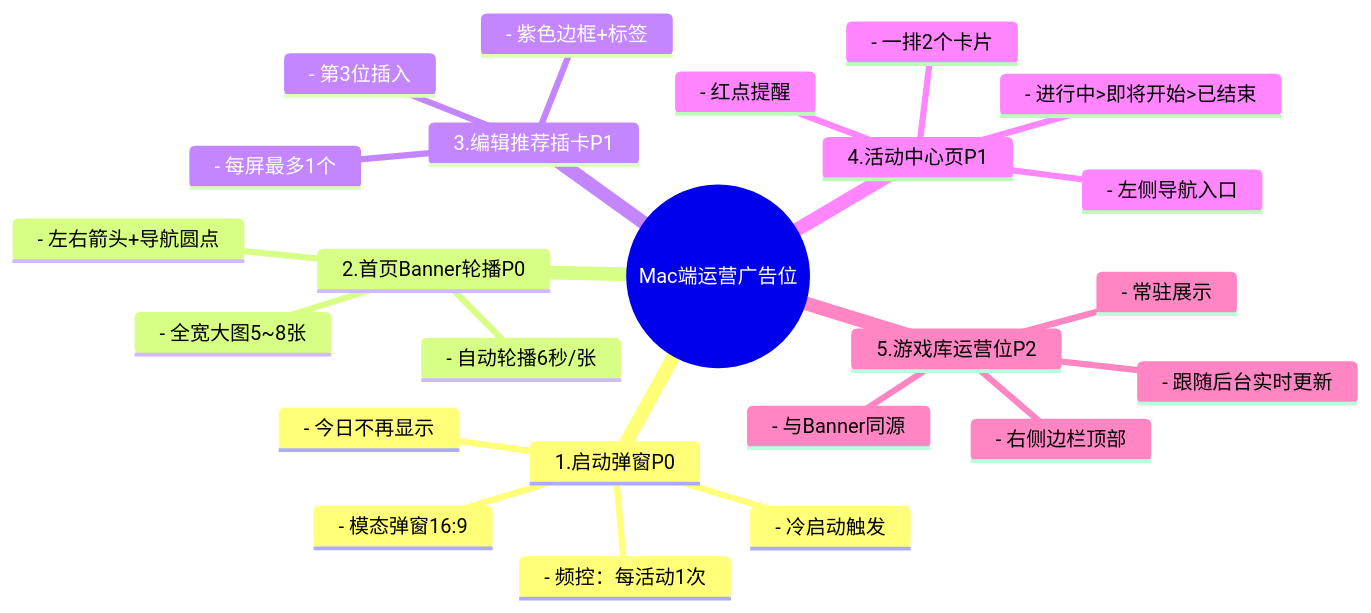
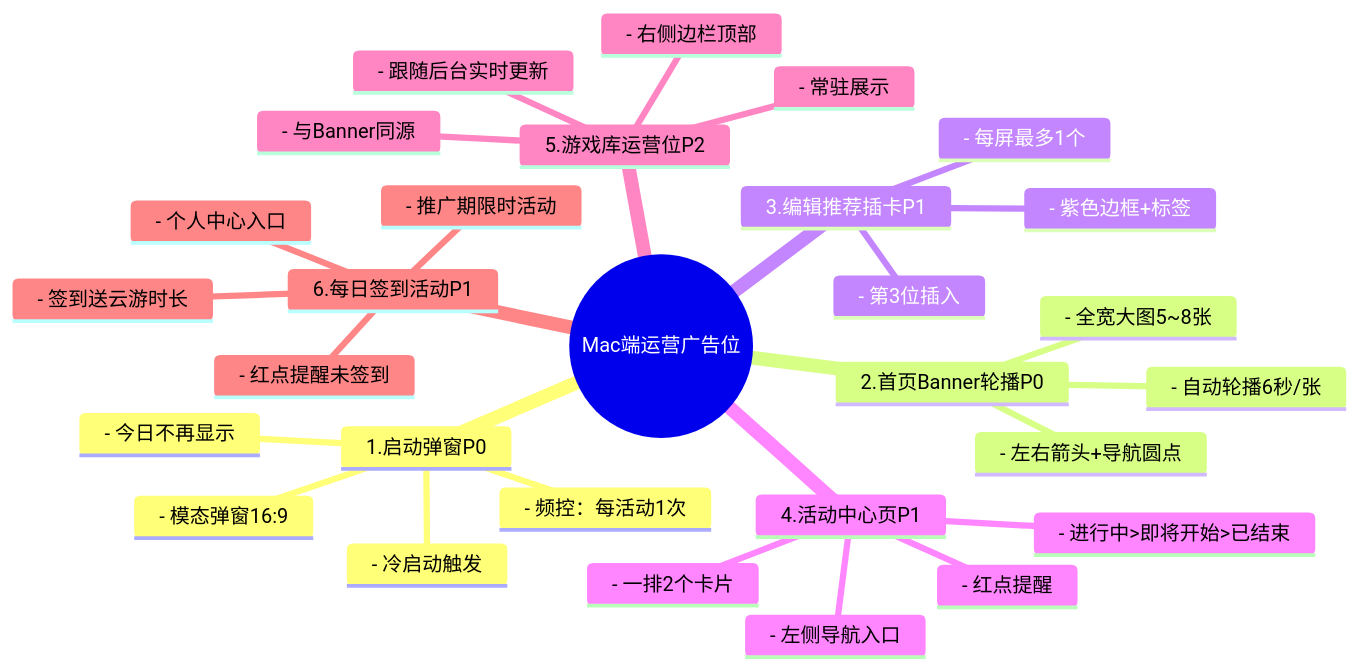
One commit to z36358631-ship-it/- changed the first of 3 diagrams in prd/ai生成/Mac端运营广告位方案.md. Above: the diagram before and after it, drawn with Mermaid. The commit also changed other lines of this file, not shown here.

````diff
--- a/prd/ai生成/Mac端运营广告位方案.md
+++ b/prd/ai生成/Mac端运营广告位方案.md
@@ -49,27 +50,32 @@
 ```mermaid
 mindmap
   root((Mac端运营广告位))
     1.启动弹窗P0
       - 冷启动触发
       - 模态弹窗16:9
       - 频控：每活动1次
       - 今日不再显示
     2.首页Banner轮播P0
       - 全宽大图5~8张
       - 自动轮播6秒/张
       - 左右箭头+导航圆点
     3.编辑推荐插卡P1
       - 第3位插入
       - 紫色边框+标签
       - 每屏最多1个
     4.活动中心页P1
       - 左侧导航入口
       - 红点提醒
       - 一排2个卡片
       - 进行中>即将开始>已结束
     5.游戏库运营位P2
       - 右侧边栏顶部
       - 常驻展示
       - 与Banner同源
       - 跟随后台实时更新
+    6.每日签到活动P1
+      - 个人中心入口
+      - 红点提醒未签到
+      - 签到送云游时长
+      - 推广期限时活动
 ```
````
